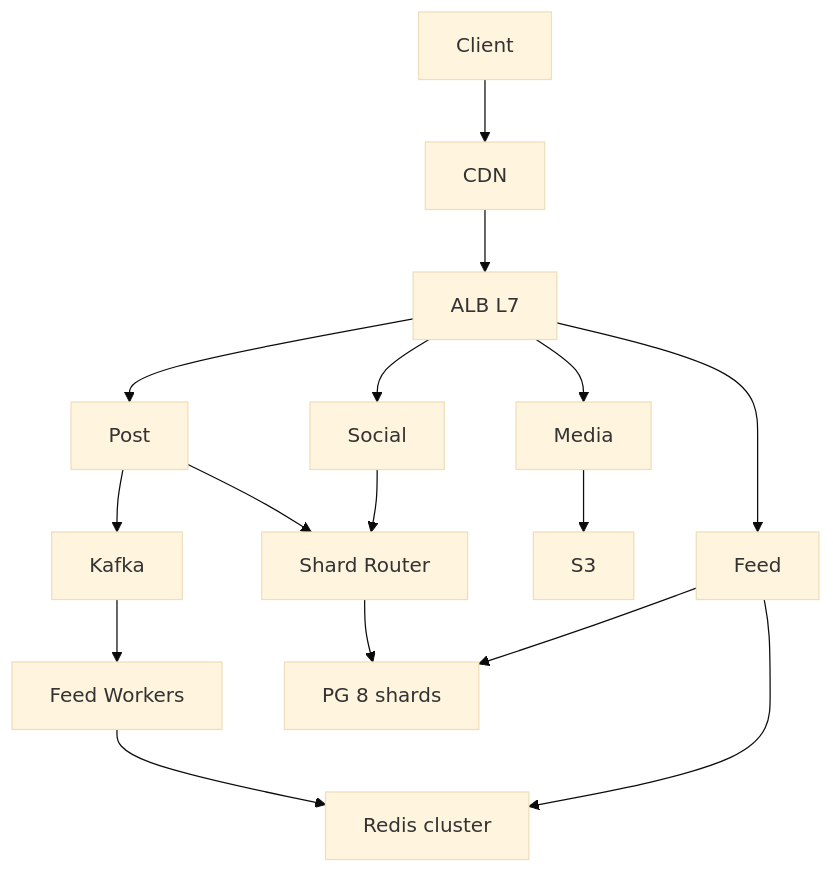
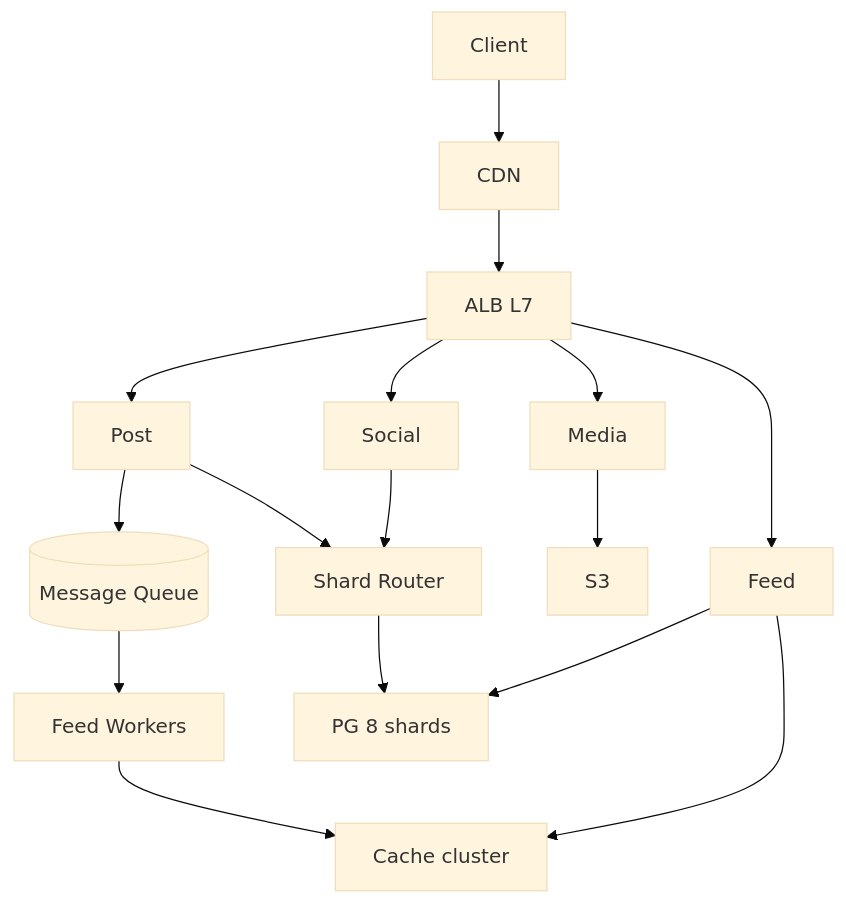
One commit to Mr-Radion/system-design-interview changed the first of 2 diagrams in examples/instagram-feed.md. Above: the diagram before and after it, drawn with Mermaid (base theme). The commit also changed other lines of this file and 11 other files, not shown here.

````diff
--- a/examples/instagram-feed.md
+++ b/examples/instagram-feed.md
@@ -121,20 +121,20 @@
 ```mermaid
 flowchart TB
     Client --> CDN
     CDN --> ALB["ALB L7"]
     ALB --> Post
     ALB --> Feed
     ALB --> Social
     ALB --> Media
 
-    Post --> Kafka
-    Kafka --> FeedWorkers["Feed Workers"]
-    FeedWorkers --> Redis["Redis cluster"]
+    Post --> MQ[("Message Queue")]
+    MQ --> FeedWorkers["Feed Workers"]
+    FeedWorkers --> Redis["Cache cluster"]
 
     Media --> S3
     Post --> ShardRouter["Shard Router"]
     ShardRouter --> PGShards["PG 8 shards"]
     Social --> ShardRouter
     Feed --> Redis
     Feed --> PGShards
 ```
````
